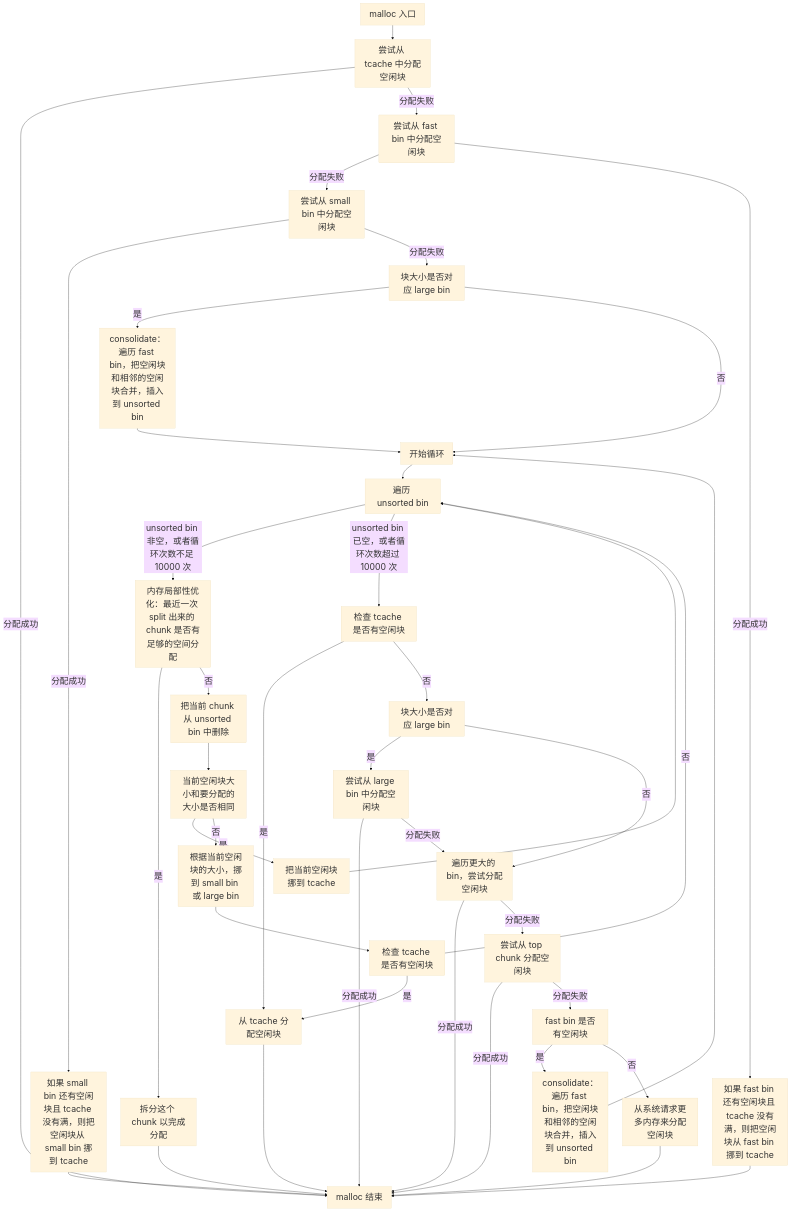
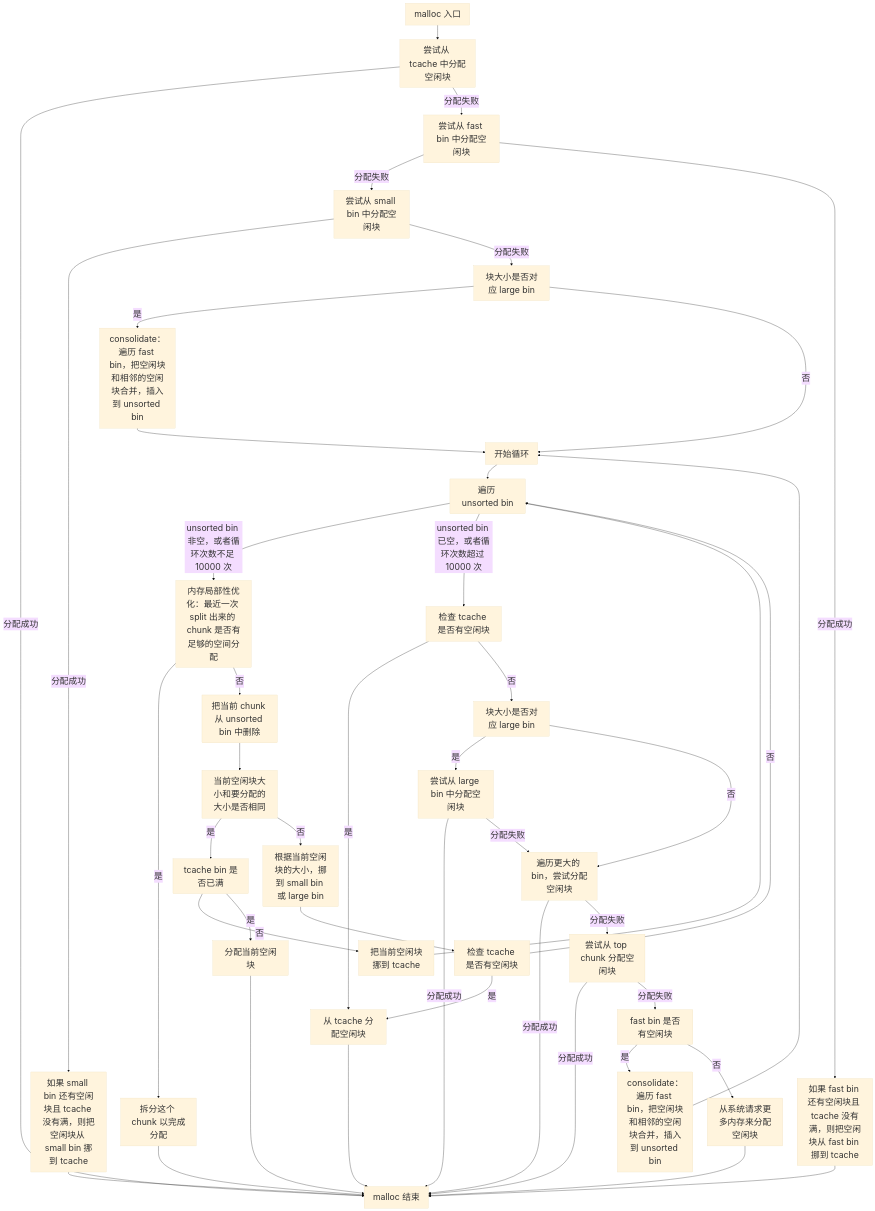
The diagram in docs/software/glibc_allocator.md (jiegec/kb), drawn with Mermaid before and after one commit.

Commit message:
Fix flow chart

````diff
--- a/docs/software/glibc_allocator.md
+++ b/docs/software/glibc_allocator.md
@@ -1780,77 +1780,82 @@
 ```mermaid
 ---
 config:
   theme: base
   themeVariables:
     fontSize: "30px"
 ---
 flowchart TD
     malloc[malloc 入口]
     tcache[尝试从 tcache 中分配空闲块]
     fastbin[尝试从 fast bin 中分配空闲块]
     fastbin_migrate[如果 fast bin 还有空闲块且 tcache 没有满，则把空闲块从 fast bin 挪到 tcache]
     smallbin[尝试从 small bin 中分配空闲块]
     smallbin_migrate[如果 small bin 还有空闲块且 tcache 没有满，则把空闲块从 small bin 挪到 tcache]
     malloc_ret[malloc 结束]
     consolidate[consolidate：遍历 fast bin，把空闲块和相邻的空闲块合并，插入到 unsorted bin]
     consolidate_2[consolidate：遍历 fast bin，把空闲块和相邻的空闲块合并，插入到 unsorted bin]
     check_large[块大小是否对应 large bin]
     loop[开始循环]
     unsorted_bin[遍历 unsorted bin]
     remainder[内存局部性优化：最近一次 split 出来的 chunk 是否有足够的空间分配]
     remainder_success[拆分这个 chunk 以完成分配]
     remove_unsorted_bin[把当前 chunk 从 unsorted bin 中删除]
     check_same_size[当前空闲块大小和要分配的大小是否相同]
+    check_tcache_full[tcache bin 是否已满]
+    alloc_now[分配当前空闲块]
     move_to_tcache[把当前空闲块挪到 tcache]
     move_to_bin[根据当前空闲块的大小，挪到 small bin 或 large bin]
     check_tcache[检查 tcache 是否有空闲块]
     alloc_tcache[从 tcache 分配空闲块]
     unsorted_bin_exit[检查 tcache 是否有空闲块]
     check_large_alloc[块大小是否对应 large bin]
     alloc_large[尝试从 large bin 中分配空闲块]
     alloc_larger[遍历更大的 bin，尝试分配空闲块]
     alloc_top[尝试从 top chunk 分配空闲块]
     alloc_system[从系统请求更多内存来分配空闲块]
     check_fast[fast bin 是否有空闲块]
 
     malloc --> tcache
     tcache -->|分配成功| malloc_ret
     tcache -->|分配失败| fastbin
     fastbin -->|分配失败| smallbin
     fastbin -->|分配成功| fastbin_migrate 
     fastbin_migrate --> malloc_ret
     smallbin -->|分配成功| smallbin_migrate
     smallbin_migrate --> malloc_ret
     smallbin -->|分配失败| check_large
     check_large -->|是| consolidate
     check_large -->|否| loop
     consolidate --> loop
     loop --> unsorted_bin
     unsorted_bin -->|unsorted bin 非空，或者循环次数不足 10000 次| remainder
     remainder -->|是| remainder_success
     remainder_success --> malloc_ret
     remainder -->|否| remove_unsorted_bin
     remove_unsorted_bin --> check_same_size
-    check_same_size -->|是| move_to_tcache
+    check_same_size -->|是| check_tcache_full
+    check_tcache_full -->|否| move_to_tcache
+    check_tcache_full --> |是| alloc_now
+    alloc_now --> malloc_ret
     move_to_tcache --> unsorted_bin
     check_same_size -->|否| move_to_bin
     move_to_bin --> check_tcache
     check_tcache -->|是| alloc_tcache
     alloc_tcache --> malloc_ret
     check_tcache -->|否| unsorted_bin
     unsorted_bin -->|unsorted bin 已空，或者循环次数超过 10000 次| unsorted_bin_exit
     unsorted_bin_exit -->|是| alloc_tcache
     unsorted_bin_exit -->|否| check_large_alloc
     check_large_alloc -->|是| alloc_large
     alloc_large -->|分配成功| malloc_ret
     alloc_large -->|分配失败| alloc_larger
     check_large_alloc -->|否| alloc_larger
     alloc_larger -->|分配成功| malloc_ret
     alloc_larger -->|分配失败| alloc_top
     alloc_top -->|分配成功| malloc_ret
     alloc_top -->|分配失败| check_fast
     check_fast -->|是| consolidate_2
     consolidate_2 --> loop
     check_fast -->|否| alloc_system
     alloc_system --> malloc_ret
 ```
````
